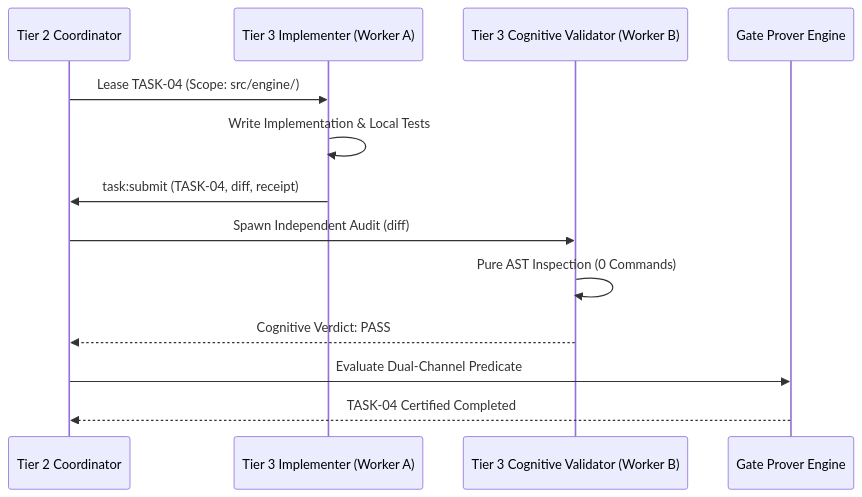
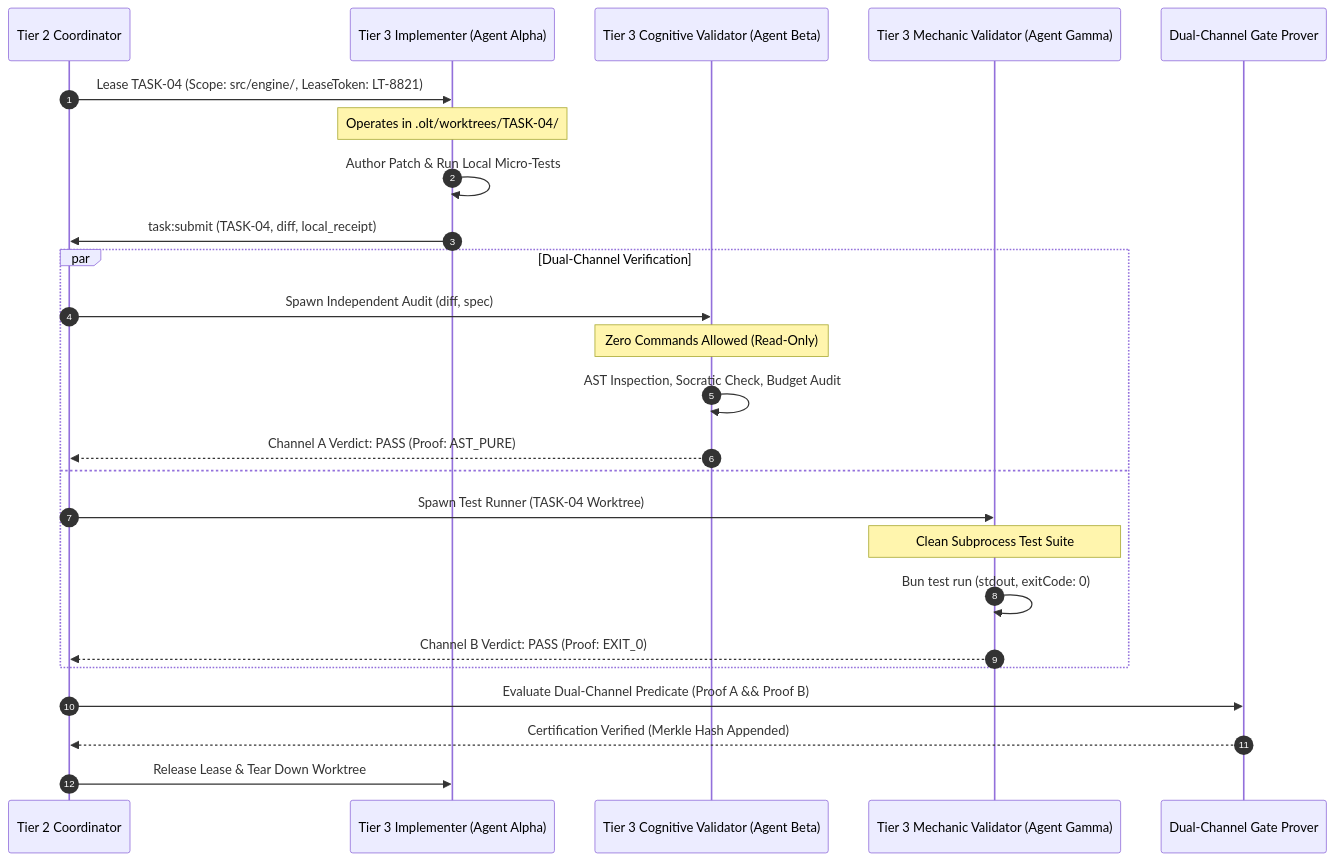
The second of 2 diagrams in docs/olt/architecture/02-four-tier-hierarchy/02-01-the-four-tier-agent-model.md (onurseckin/skills), drawn with Mermaid before and after one commit. The commit also changed other lines of this file and 163 other files, not shown here.

````diff
--- a/docs/olt/architecture/02-four-tier-hierarchy/02-01-the-four-tier-agent-model.md
+++ b/docs/olt/architecture/02-four-tier-hierarchy/02-01-the-four-tier-agent-model.md
@@ -126,16 +210,30 @@
 ```mermaid
 sequenceDiagram
+    autonumber
     participant Coord as Tier 2 Coordinator
-    participant Imp as Tier 3 Implementer (Worker A)
-    participant Val as Tier 3 Cognitive Validator (Worker B)
-    participant Gate as Gate Prover Engine
+    participant Imp as Tier 3 Implementer (Agent Alpha)
+    participant CogVal as Tier 3 Cognitive Validator (Agent Beta)
+    participant MechVal as Tier 3 Mechanic Validator (Agent Gamma)
+    participant Gate as Dual-Channel Gate Prover
 
-    Coord->>Imp: Lease TASK-04 (Scope: src/engine/)
-    Imp->>Imp: Write Implementation & Local Tests
-    Imp->>Coord: task:submit (TASK-04, diff, receipt)
-    Coord->>Val: Spawn Independent Audit (diff)
-    Val->>Val: Pure AST Inspection (0 Commands)
-    Val-->>Coord: Cognitive Verdict: PASS
-    Coord->>Gate: Evaluate Dual-Channel Predicate
-    Gate-->>Coord: TASK-04 Certified Completed
+    Coord->>Imp: Lease TASK-04 (Scope: src/engine/, LeaseToken: LT-8821)
+    Note over Imp: Operates in .olt/worktrees/TASK-04/
+    Imp->>Imp: Author Patch & Run Local Micro-Tests
+    Imp->>Coord: task:submit (TASK-04, diff, local_receipt)
+
+    par Dual-Channel Verification
+        Coord->>CogVal: Spawn Independent Audit (diff, spec)
+        Note over CogVal: Zero Commands Allowed (Read-Only)
+        CogVal->>CogVal: AST Inspection, Socratic Check, Budget Audit
+        CogVal-->>Coord: Channel A Verdict: PASS (Proof: AST_PURE)
+    and
+        Coord->>MechVal: Spawn Test Runner (TASK-04 Worktree)
+        Note over MechVal: Clean Subprocess Test Suite
+        MechVal->>MechVal: Bun test run (stdout, exitCode: 0)
+        MechVal-->>Coord: Channel B Verdict: PASS (Proof: EXIT_0)
+    end
+
+    Coord->>Gate: Evaluate Dual-Channel Predicate (Proof A && Proof B)
+    Gate-->>Coord: Certification Verified (Merkle Hash Appended)
+    Coord->>Imp: Release Lease & Tear Down Worktree
 ```
````
